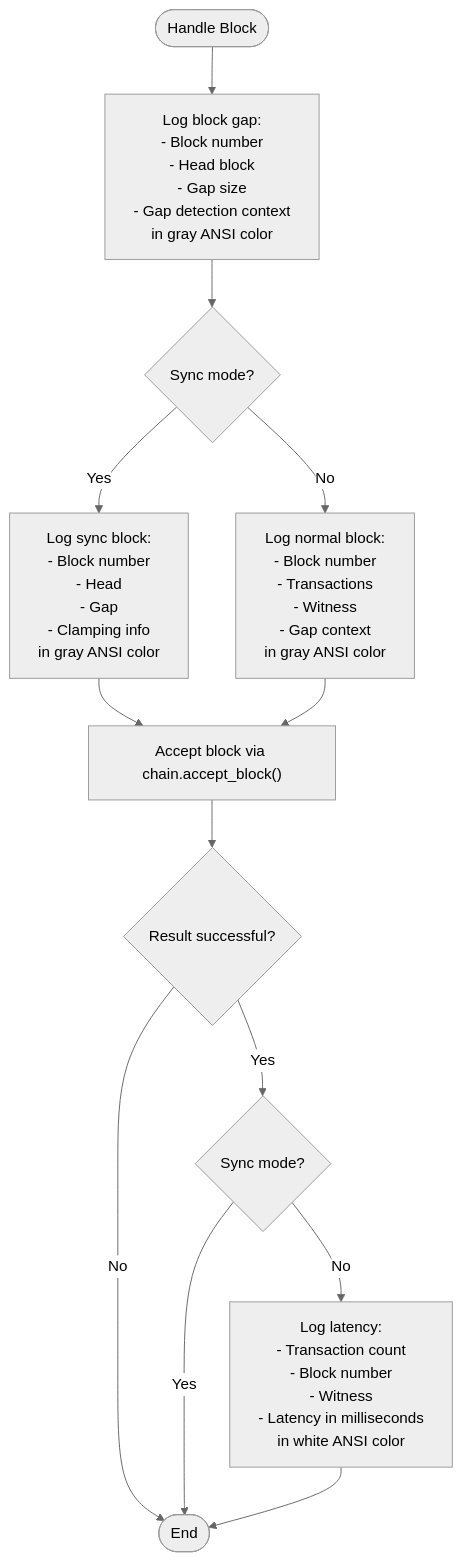
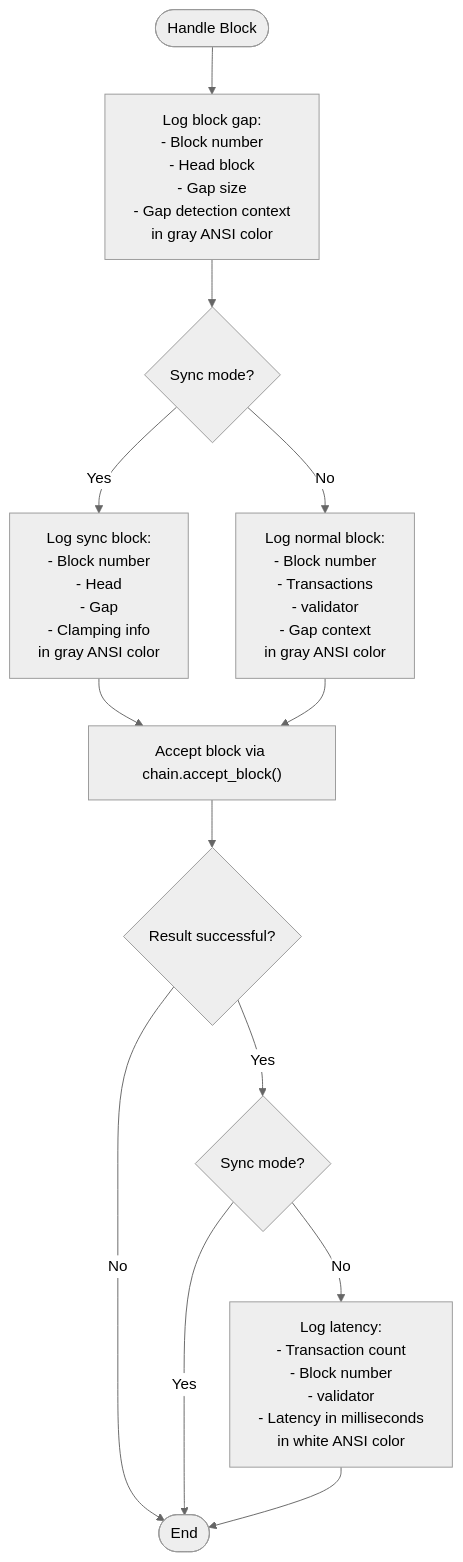
Before and after one commit to VIZ-Blockchain/viz-cpp-node: diagram 32 of 50 in .qoder/repowiki/en/content/P2p Plugin.md, drawn with Mermaid (neutral theme). The commit also changed other lines of this file and 88 other files, not shown here.

First line of the commit message:
docs(validator): rename witness to validator throughout documentation

````diff
--- a/.qoder/repowiki/en/content/P2p Plugin.md
+++ b/.qoder/repowiki/en/content/P2p Plugin.md
@@ -1148,15 +1148,15 @@
 ```mermaid
 flowchart TD
 Start([Handle Block]) --> LogGap["Log block gap:<br/>- Block number<br/>- Head block<br/>- Gap size<br/>- Gap detection context<br/>in gray ANSI color"]
 LogGap --> CheckSyncMode{"Sync mode?"}
 CheckSyncMode --> |Yes| LogSync["Log sync block:<br/>- Block number<br/>- Head<br/>- Gap<br/>- Clamping info<br/>in gray ANSI color"]
-CheckSyncMode --> |No| LogNormal["Log normal block:<br/>- Block number<br/>- Transactions<br/>- Witness<br/>- Gap context<br/>in gray ANSI color"]
+CheckSyncMode --> |No| LogNormal["Log normal block:<br/>- Block number<br/>- Transactions<br/>- validator<br/>- Gap context<br/>in gray ANSI color"]
 LogSync --> AcceptBlock["Accept block via chain.accept_block()"]
 LogNormal --> AcceptBlock
 AcceptBlock --> CheckResult{"Result successful?"}
 CheckResult --> |No| End([End])
 CheckResult --> |Yes| CheckSyncMode2{"Sync mode?"}
 CheckSyncMode2 --> |Yes| End
-CheckSyncMode2 --> |No| LogLatency["Log latency:<br/>- Transaction count<br/>- Block number<br/>- Witness<br/>- Latency in milliseconds<br/>in white ANSI color"]
+CheckSyncMode2 --> |No| LogLatency["Log latency:<br/>- Transaction count<br/>- Block number<br/>- validator<br/>- Latency in milliseconds<br/>in white ANSI color"]
 LogLatency --> End([End])
 ```
````
